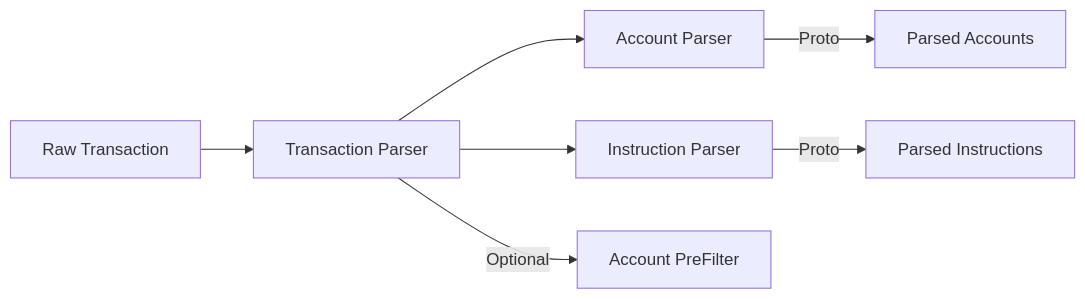
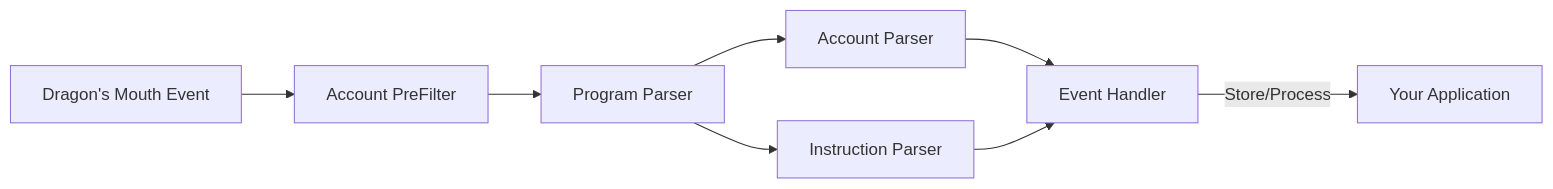
The second of 2 diagrams in docs/onboarding/01-project-overview.md (rpcpool/yellowstone-vixen), drawn with Mermaid before and after one commit. The commit also changed other lines of this file and 1 other file, not shown here.

````diff
--- a/docs/onboarding/01-project-overview.md
+++ b/docs/onboarding/01-project-overview.md
@@ -37,10 +48,11 @@
 ```mermaid
 flowchart LR
-    TX[Raw Transaction] --> Parser[Transaction Parser]
+    Event[Dragon's Mouth Event] --> PreFilter[Account PreFilter]
+    PreFilter --> Parser[Program Parser]
     Parser --> Accounts[Account Parser]
     Parser --> Instructions[Instruction Parser]
-    Parser --> |Optional| PreFilter[Account PreFilter]
     
-    Accounts --> |Proto| ParsedAccounts[Parsed Accounts]
-    Instructions --> |Proto| ParsedInstructions[Parsed Instructions]
+    Accounts --> Handler[Event Handler]
+    Instructions --> Handler
+    Handler --> |Store/Process| Consumer[Your Application]
 ```
````
